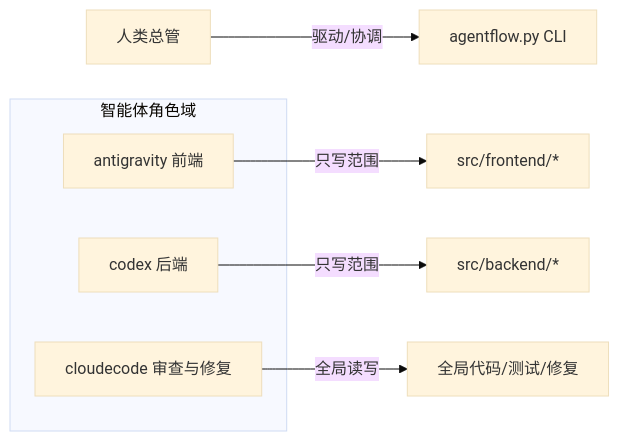
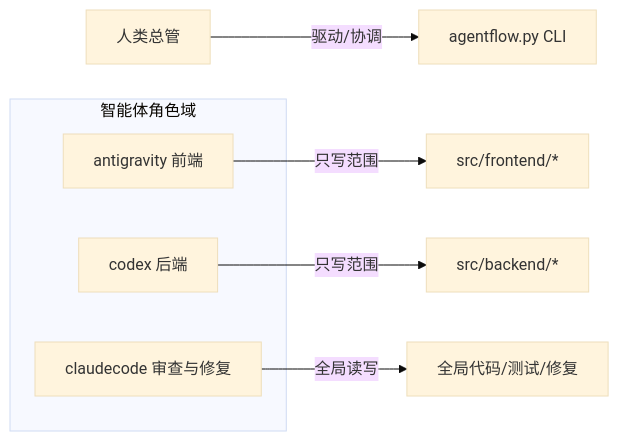
The first of 2 diagrams in docs/agentflow_detailed_workflow.md (NanQiaoMi/agentskillproject), drawn with Mermaid (base theme) before and after one commit. The commit also changed other lines of this file and 17 other files, not shown here.

Commit message:
refactor: rename cloudecode to claudecode in all files

````diff
--- a/docs/agentflow_detailed_workflow.md
+++ b/docs/agentflow_detailed_workflow.md
@@ -11,12 +11,12 @@
 ```mermaid
 graph LR
     User[人类总管] -->|驱动/协调| CLI[agentflow.py CLI]
     subgraph 智能体角色域
         antigravity[antigravity 前端]
         codex[codex 后端]
-        cloudecode[cloudecode 审查与修复]
+        claudecode[claudecode 审查与修复]
     end
     antigravity -->|只写范围| FE[src/frontend/*]
     codex -->|只写范围| BE[src/backend/*]
-    cloudecode -->|全局读写| Global[全局代码/测试/修复]
+    claudecode -->|全局读写| Global[全局代码/测试/修复]
 ```
````
